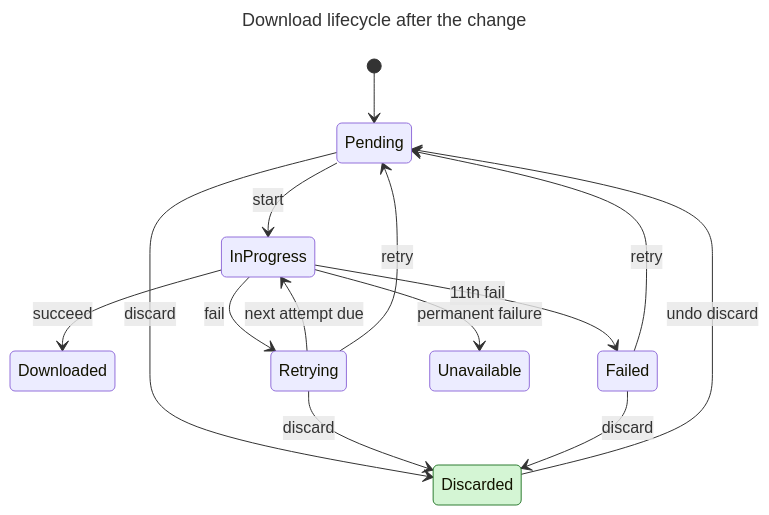
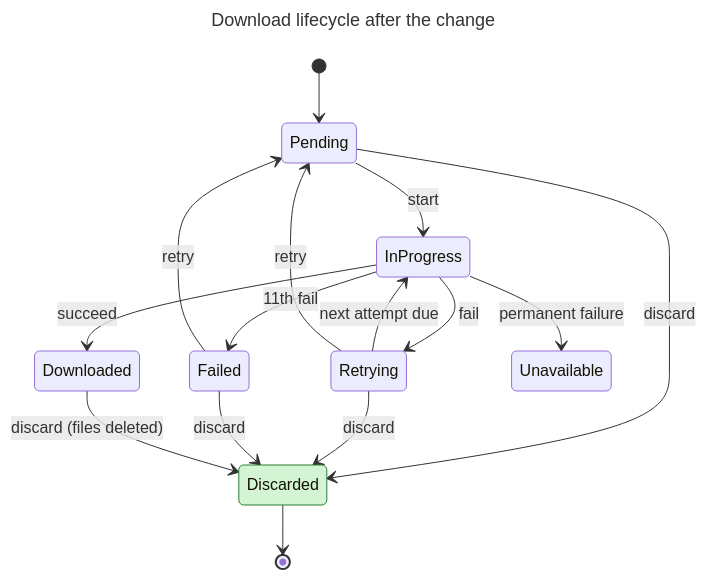
The third of 6 diagrams in openspec/changes/discard-video/design.md (sergigp/yarrtube), drawn with Mermaid before and after one commit. The commit also changed other lines of this file and 7 other files, not shown here.

Commit message:
Revise discard-video: irreversible, downloaded videos, skipped videos outside channel limit

````diff
--- a/openspec/changes/discard-video/design.md
+++ b/openspec/changes/discard-video/design.md
@@ -87,23 +116,24 @@
 ```mermaid
 ---
 title: Download lifecycle after the change
 ---
 stateDiagram-v2
   [*] --> Pending
   Pending --> InProgress: start
   InProgress --> Downloaded: succeed
   InProgress --> Retrying: fail
   InProgress --> Failed: 11th fail
   InProgress --> Unavailable: permanent failure
   Retrying --> InProgress: next attempt due
+  Retrying --> Pending: retry
   Failed --> Pending: retry
-  Retrying --> Pending: retry
   Pending --> Discarded: discard
   Retrying --> Discarded: discard
   Failed --> Discarded: discard
-  Discarded --> Pending: undo discard
+  Downloaded --> Discarded: discard (files deleted)
+  Discarded --> [*]
   class Discarded new
   classDef new fill:#d4f5d4,stroke:#2e7d32
   classDef changed fill:#fff1c2,stroke:#b58900
   classDef removed fill:#f8d4d4,stroke:#c62828,stroke-dasharray:4
 ```
````
